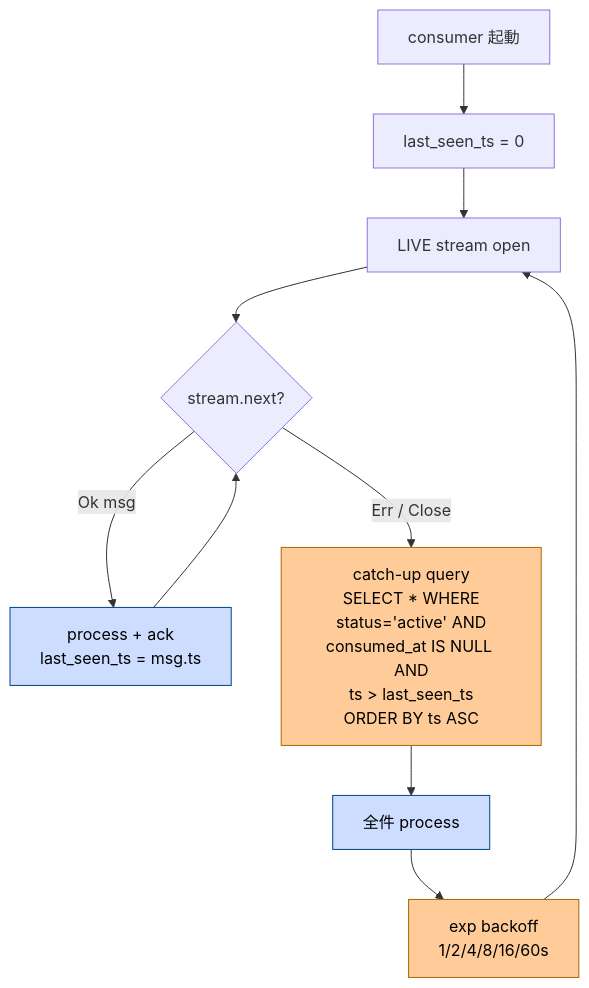
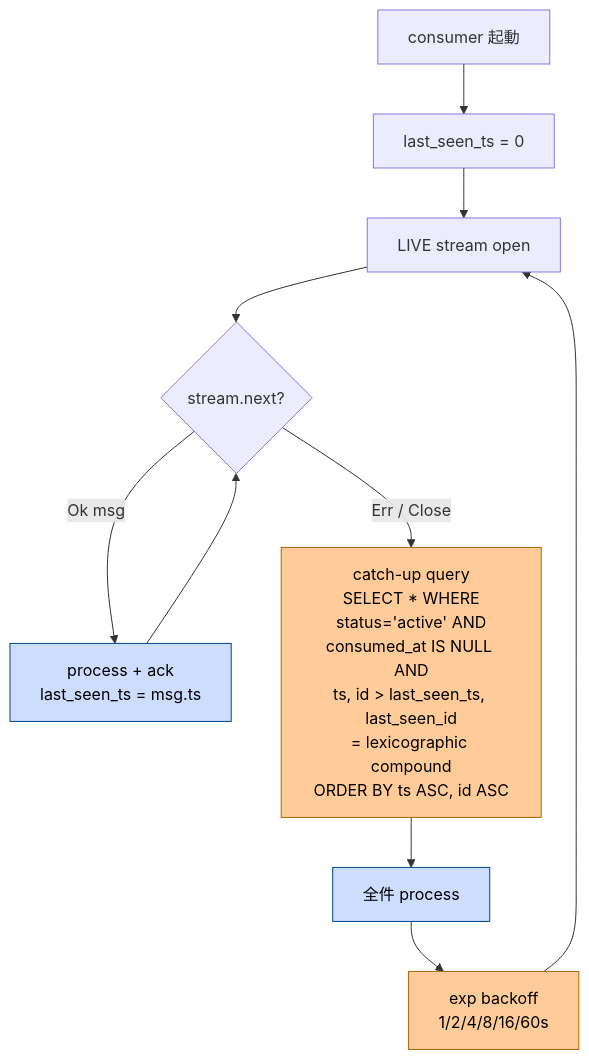
One commit to chronista-club/vantage-point changed the fourth of 10 diagrams in docs/design/19-msgbox-whitesnake-primary.md. Above: the diagram before and after it, drawn with Mermaid. The commit also changed other lines of this file, not shown here.

````diff
--- a/docs/design/19-msgbox-whitesnake-primary.md
+++ b/docs/design/19-msgbox-whitesnake-primary.md
@@ -229,17 +229,17 @@
 ```mermaid
 flowchart TB
     Start[consumer 起動] --> Init[last_seen_ts = 0]
     Init --> Open[LIVE stream open]
     Open --> Loop{stream.next?}
     Loop -->|Ok msg| Process[process + ack<br/>last_seen_ts = msg.ts]
     Process --> Loop
-    Loop -->|Err / Close| Catchup[catch-up query<br/>SELECT * WHERE<br/>status='active' AND<br/>consumed_at IS NULL AND<br/>ts &gt; last_seen_ts<br/>ORDER BY ts ASC]
+    Loop -->|Err / Close| Catchup[catch-up query<br/>SELECT * WHERE<br/>status='active' AND<br/>consumed_at IS NULL AND<br/>ts, id &gt; last_seen_ts, last_seen_id<br/>= lexicographic compound<br/>ORDER BY ts ASC, id ASC]
     Catchup --> ProcessAll[全件 process]
     ProcessAll --> Backoff[exp backoff<br/>1/2/4/8/16/60s]
     Backoff --> Open
 
     classDef state fill:#cdf,stroke:#048,color:#000
     classDef recover fill:#fc9,stroke:#a60,color:#000
     class Process,ProcessAll state
     class Catchup,Backoff recover
 ```
````
